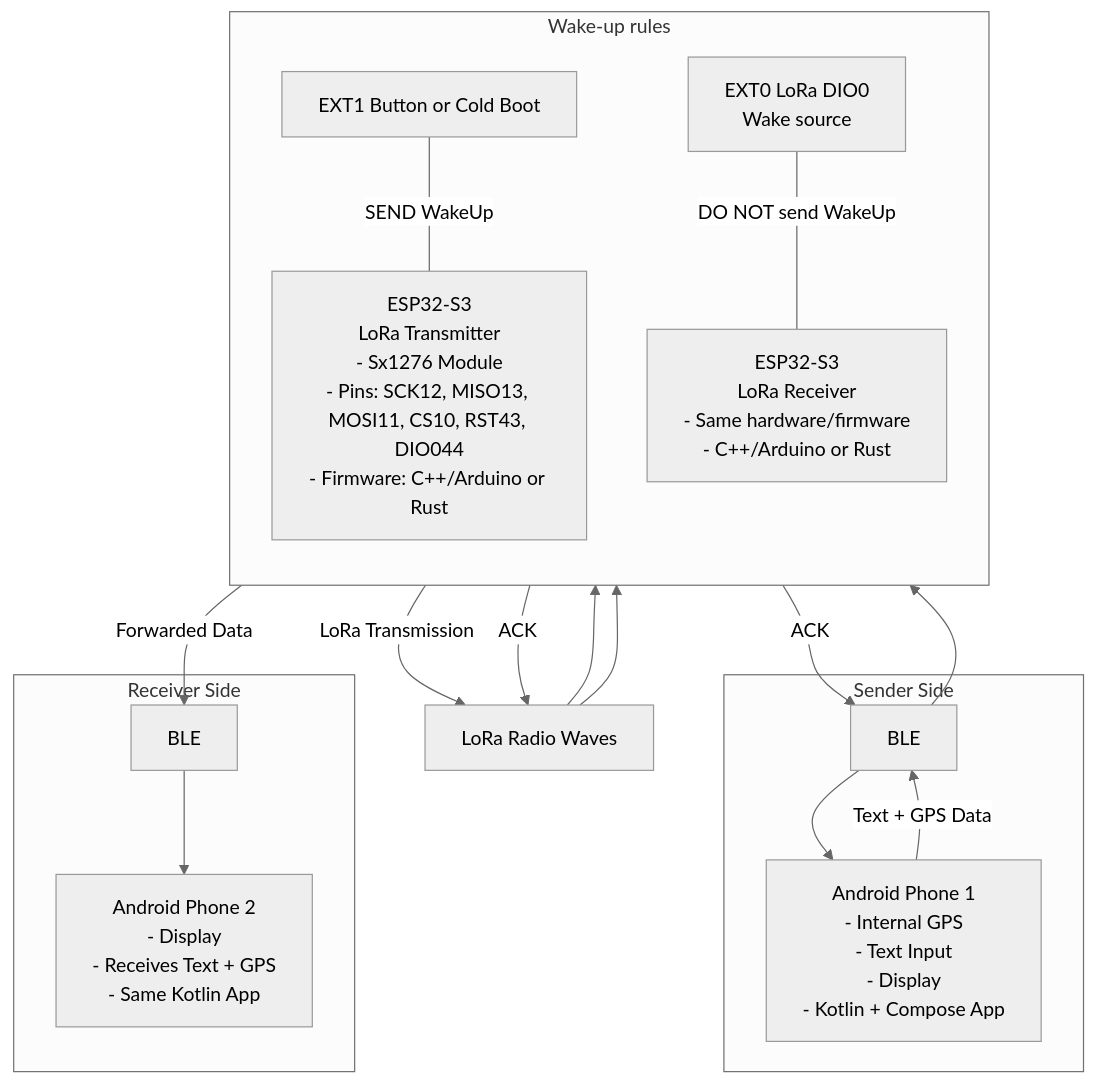
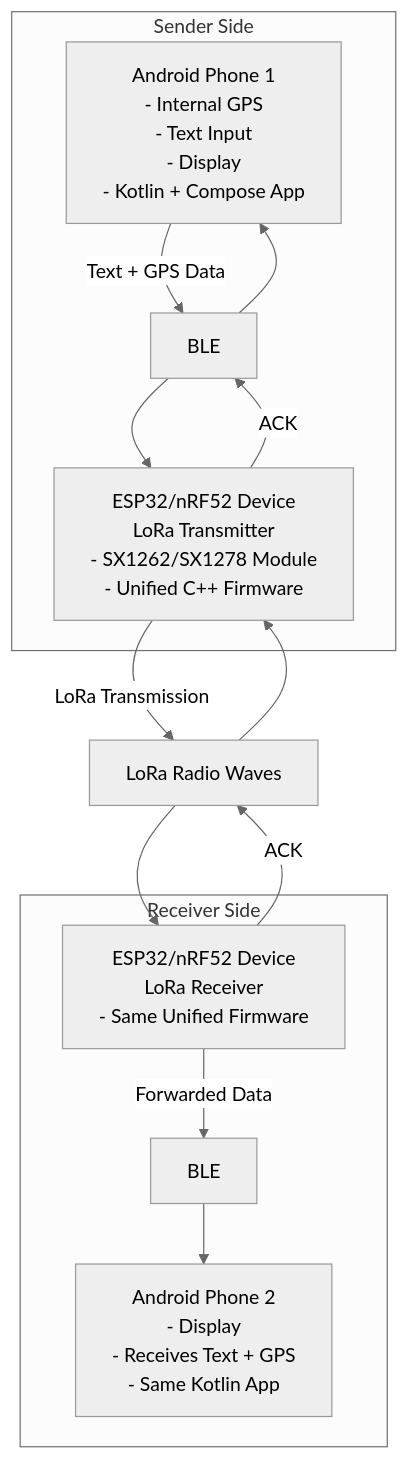
Before and after one commit to psytraxx/android-lora-ble-bridge: the first of 3 diagrams in README.md, drawn with Mermaid (neutral theme). The commit also changed other lines of this file and 56 other files, not shown here.

````diff
--- a/README.md
+++ b/README.md
@@ -21,32 +25,26 @@
 ```mermaid
 graph TD
     A[Android Phone 1<br/>- Internal GPS<br/>- Text Input<br/>- Display<br/>- Kotlin + Compose App] -->|Text + GPS Data| B[BLE]
-  B --> C[ESP32-S3<br/>LoRa Transmitter<br/>- Sx1276 Module<br/>- Pins: SCK12, MISO13, MOSI11, CS10, RST43, DIO044<br/>- Firmware: C++/Arduino or Rust]
+    B --> C[ESP32/nRF52 Device<br/>LoRa Transmitter<br/>- SX1262/SX1278 Module<br/>- Unified C++ Firmware]
     C -->|LoRa Transmission| D[LoRa Radio Waves]
-  D -->     E[ESP32-S3<br/>LoRa Receiver<br/>- Same hardware/firmware<br/>- C++/Arduino or Rust]
+    D --> E[ESP32/nRF52 Device<br/>LoRa Receiver<br/>- Same Unified Firmware]
     E -->|Forwarded Data| F[BLE]
     F --> G[Android Phone 2<br/>- Display<br/>- Receives Text + GPS<br/>- Same Kotlin App]
-    
+
     E -->|ACK| D
     D --> C
     C -->|ACK| B
     B --> A
-    %% Wake-up behaviour note: EXT0 (LoRa) wakes device but should NOT trigger WakeUp reply; Button or cold boot SHOULD send WakeUp
-    subgraph WakeUpRules[Wake-up rules]
-      direction TB
-      W1[EXT0 LoRa DIO0 \nWake source] ---|DO NOT send WakeUp| E
-      W2[EXT1 Button or Cold Boot] ---|SEND WakeUp| C
-    end
-    
+
     subgraph "Sender Side"
         A
         B
         C
     end
-    
+
     subgraph "Receiver Side"
         E
         F
         G
     end
 ```
````
